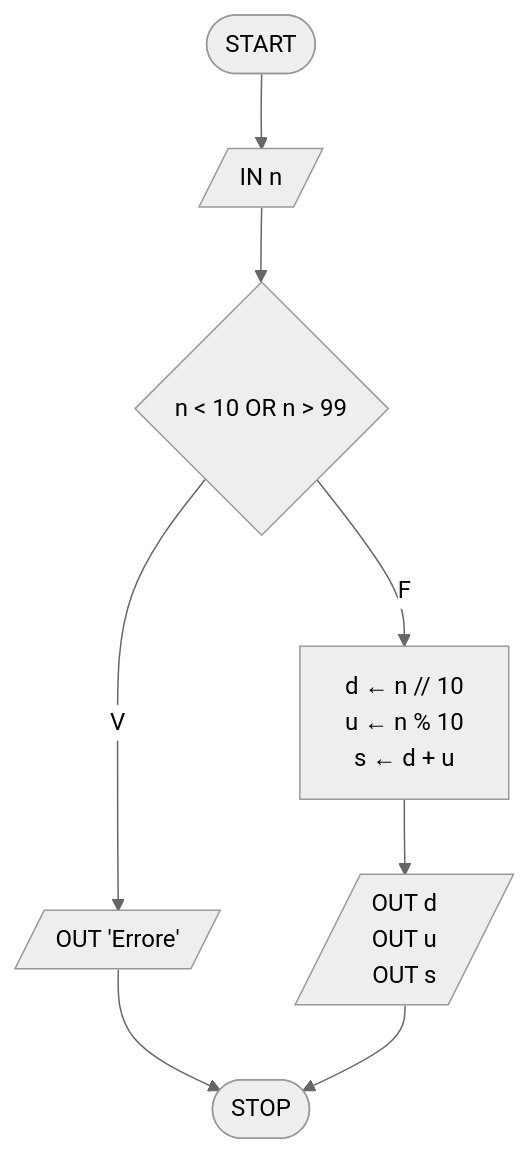
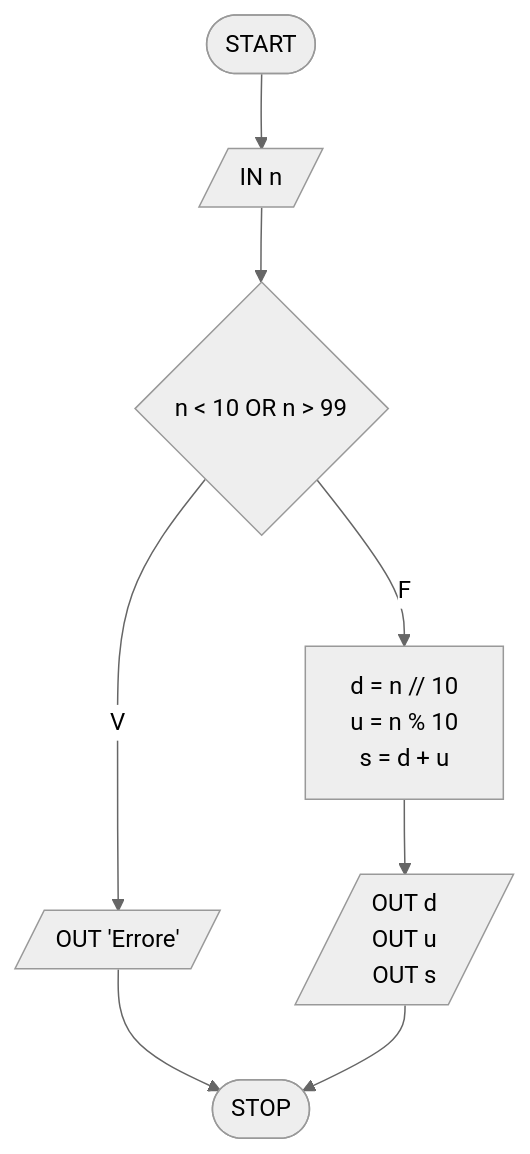
Diagram 15 of 28 in flowcharts_soluzioni.md (pg-laboratorio/flowcharts_laboratorio_esercizi), drawn with Mermaid (neutral theme) before and after one commit. The commit also changed other lines of this file, not shown here.

````diff
--- a/flowcharts_soluzioni.md
+++ b/flowcharts_soluzioni.md
@@ -349,10 +349,10 @@
 ```mermaid
 graph TD
     START([START]) --> INPUT[/"IN n"/]
     INPUT --> CHK{"n < 10 OR n > 99"}
     CHK -- V --> ERR[/"OUT 'Errore'"/]
-    CHK -- F --> PROC["d ← n // 10<br>u ← n % 10<br>s ← d + u"]
+    CHK -- F --> PROC["d = n // 10<br>u = n % 10<br>s = d + u"]
     PROC --> OUTPUT[/"OUT d<br>OUT u<br>OUT s"/]
     ERR --> STOP([STOP])
     OUTPUT --> STOP
 ```
````
